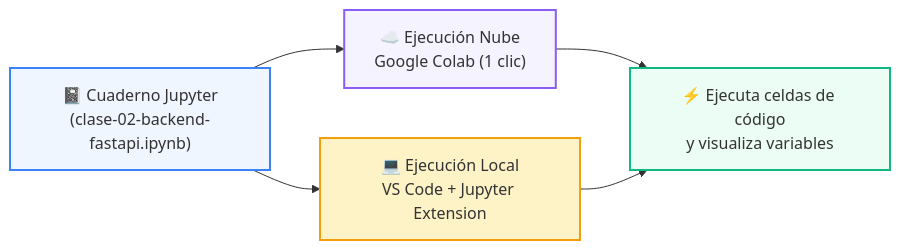
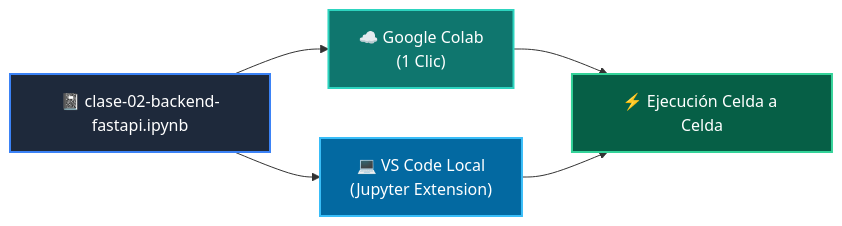
The diagram in 04-proyecto-final/clase-02-backend-fastapi/notebook/README.md (wisrovi/wisrovi-python), drawn with Mermaid before and after one commit. The commit also changed other lines of this file and 271 other files, not shown here.

Commit message:
docs: rewrite all README.md files with bespoke topic-specific Mermaid diagrams and remove repetitive boilerplate

````diff
--- a/04-proyecto-final/clase-02-backend-fastapi/notebook/README.md
+++ b/04-proyecto-final/clase-02-backend-fastapi/notebook/README.md
@@ -14,12 +12,12 @@
 ```mermaid
 flowchart LR
-    NB["📓 Cuaderno Jupyter<br/>(clase-02-backend-fastapi.ipynb)"] --> COLAB["☁️ Ejecución Nube<br/>Google Colab (1 clic)"]
-    NB --> LOCAL["💻 Ejecución Local<br/>VS Code + Jupyter Extension"]
-    COLAB --> RUN["⚡ Ejecuta celdas de código<br/>y visualiza variables"]
+    NB["📓 clase-02-backend-fastapi.ipynb"] --> COLAB["☁️ Google Colab<br/>(1 Clic)"]
+    NB --> LOCAL["💻 VS Code Local<br/>(Jupyter Extension)"]
+    COLAB --> RUN["⚡ Ejecución Celda a Celda"]
     LOCAL --> RUN
 
-    style NB fill:#eff6ff,stroke:#3b82f6,stroke-width:2px
-    style COLAB fill:#f5f3ff,stroke:#8b5cf6,stroke-width:2px
-    style LOCAL fill:#fef3c7,stroke:#f59e0b,stroke-width:2px
-    style RUN fill:#ecfdf5,stroke:#10b981,stroke-width:2px
+    style NB fill:#1e293b,color:#fff,stroke:#3b82f6,stroke-width:2px
+    style COLAB fill:#0f766e,color:#fff,stroke:#2dd4bf,stroke-width:2px
+    style LOCAL fill:#0369a1,color:#fff,stroke:#38bdf8,stroke-width:2px
+    style RUN fill:#065f46,color:#fff,stroke:#34d399,stroke-width:2px
 ```
````
